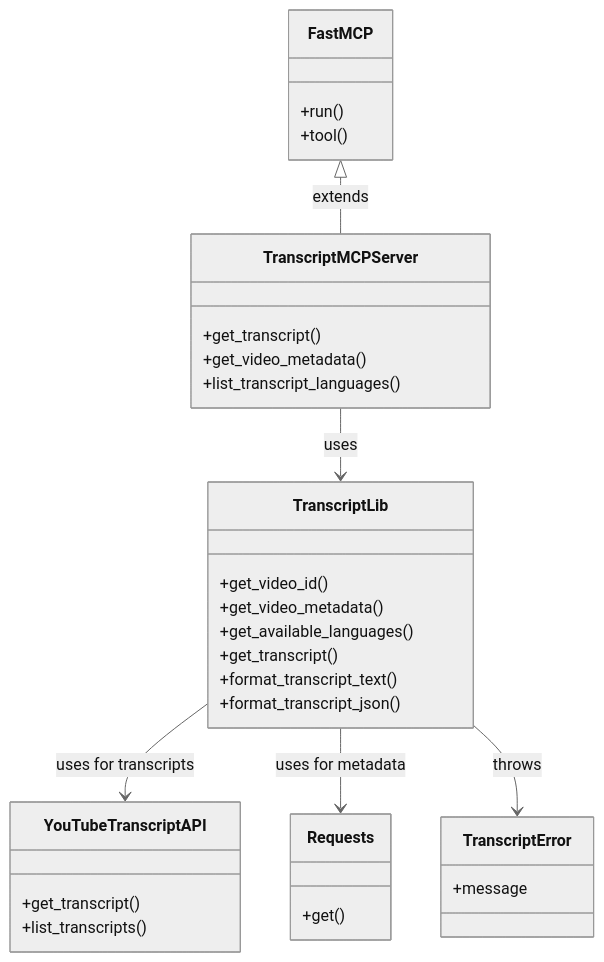
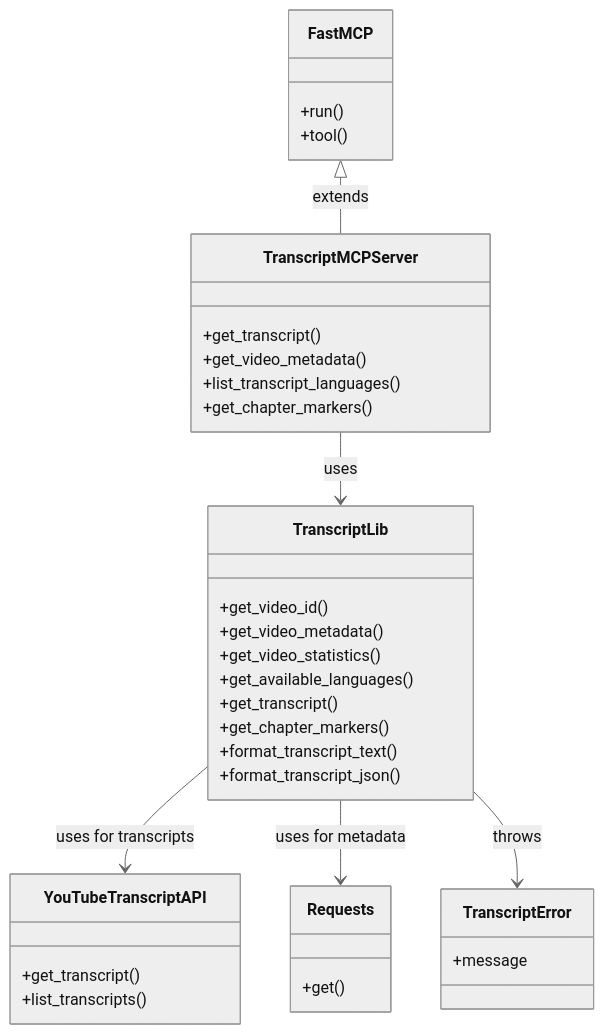
Before and after one commit to palvindersander/youtube-transcript-mcp: the second of 3 diagrams in docs/developer_guide.md, drawn with Mermaid (neutral theme). The commit also changed other lines of this file and 5 other files, not shown here.

Commit message:
Add video statistics feature with tests and documentation

````diff
--- a/docs/developer_guide.md
+++ b/docs/developer_guide.md
@@ -47,41 +47,44 @@
 ```mermaid
 classDiagram
     class FastMCP {
         +run()
         +tool()
     }
     
     class TranscriptMCPServer {
         +get_transcript()
         +get_video_metadata()
         +list_transcript_languages()
+        +get_chapter_markers()
     }
     
     class TranscriptLib {
         +get_video_id()
         +get_video_metadata()
+        +get_video_statistics()
         +get_available_languages()
         +get_transcript()
+        +get_chapter_markers()
         +format_transcript_text()
         +format_transcript_json()
     }
     
     class YouTubeTranscriptAPI {
         +get_transcript()
         +list_transcripts()
     }
     
     class Requests {
         +get()
     }
     
     class TranscriptError {
         +message
     }
     
     FastMCP <|-- TranscriptMCPServer : extends
     TranscriptMCPServer --> TranscriptLib : uses
     TranscriptLib --> YouTubeTranscriptAPI : uses for transcripts
     TranscriptLib --> Requests : uses for metadata
     TranscriptLib --> TranscriptError : throws
 ```
````
